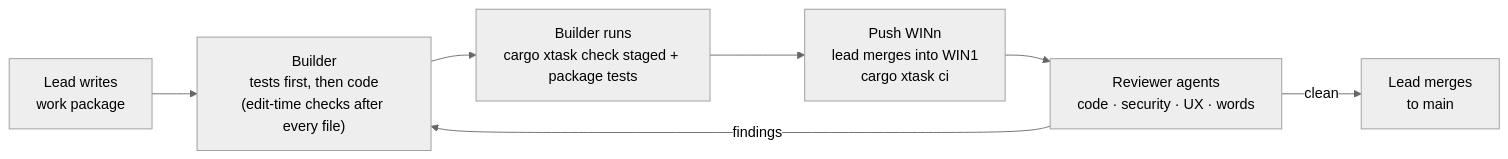
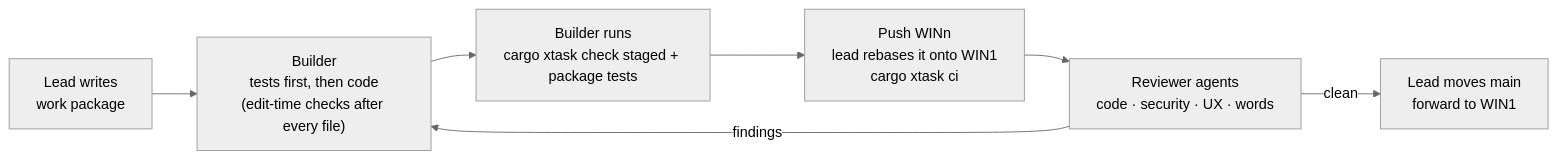
Before and after one commit to Nusi42/Bugaboo: the diagram in docs/04-milestones.md, drawn with Mermaid (neutral theme). The commit also changed other lines of this file and 15 other files, not shown here.

First line of the commit message:
feat(xtask): refuse merge commits in what a push adds

````diff
--- a/docs/04-milestones.md
+++ b/docs/04-milestones.md
@@ -30,9 +30,9 @@
 ```mermaid
 flowchart LR
   plan["Lead writes<br/>work package"] --> build["Builder<br/>tests first, then code<br/>(edit-time checks after every file)"]
   build --> self["Builder runs<br/>cargo xtask check staged + package tests"]
-  self --> pr["Push WINn<br/>lead merges into WIN1<br/>cargo xtask ci"]
+  self --> pr["Push WINn<br/>lead rebases it onto WIN1<br/>cargo xtask ci"]
   pr --> rev["Reviewer agents<br/>code · security · UX · words"]
   rev -- "findings" --> build
-  rev -- "clean" --> merge["Lead merges<br/>to main"]
+  rev -- "clean" --> merge["Lead moves main<br/>forward to WIN1"]
 ```
````
